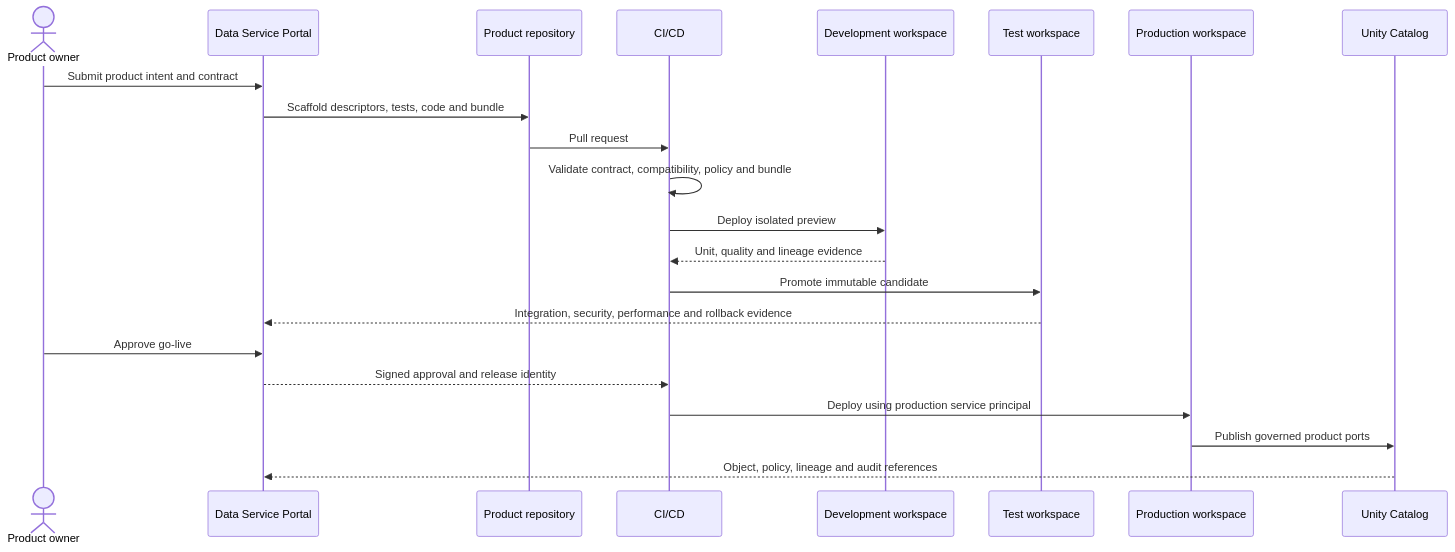
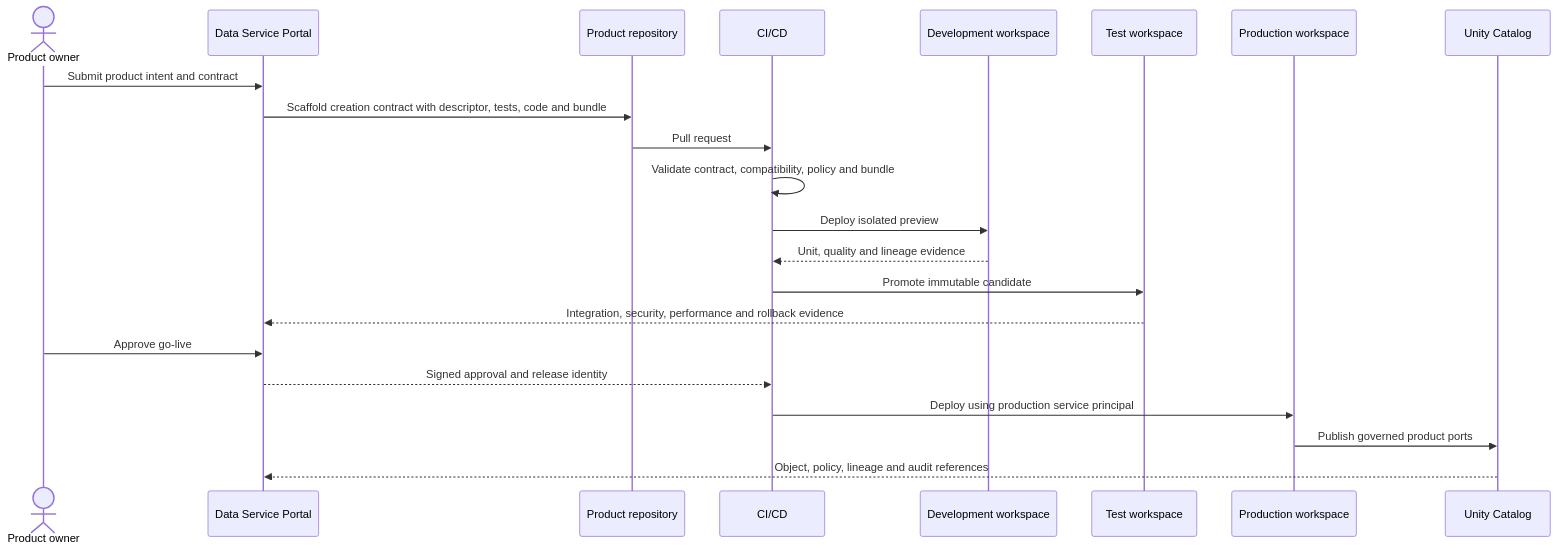
One commit to cong78/data-foundation-architecture changed the third of 4 diagrams in docs/architecture/data-product-creation-design.md. Above: the diagram before and after it, drawn with Mermaid. The commit also changed other lines of this file and 37 other files, not shown here.

````diff
--- a/docs/architecture/data-product-creation-design.md
+++ b/docs/architecture/data-product-creation-design.md
@@ -110,25 +110,25 @@
 ```mermaid
 sequenceDiagram
     actor Owner as Product owner
     participant Portal as Data Service Portal
     participant Repo as Product repository
     participant CI as CI/CD
     participant Dev as Development workspace
     participant Test as Test workspace
     participant Prod as Production workspace
     participant UC as Unity Catalog
 
     Owner->>Portal: Submit product intent and contract
-    Portal->>Repo: Scaffold descriptors, tests, code and bundle
+    Portal->>Repo: Scaffold creation contract with descriptor, tests, code and bundle
     Repo->>CI: Pull request
     CI->>CI: Validate contract, compatibility, policy and bundle
     CI->>Dev: Deploy isolated preview
     Dev-->>CI: Unit, quality and lineage evidence
     CI->>Test: Promote immutable candidate
     Test-->>Portal: Integration, security, performance and rollback evidence
     Owner->>Portal: Approve go-live
     Portal-->>CI: Signed approval and release identity
     CI->>Prod: Deploy using production service principal
     Prod->>UC: Publish governed product ports
     UC-->>Portal: Object, policy, lineage and audit references
 ```
````
